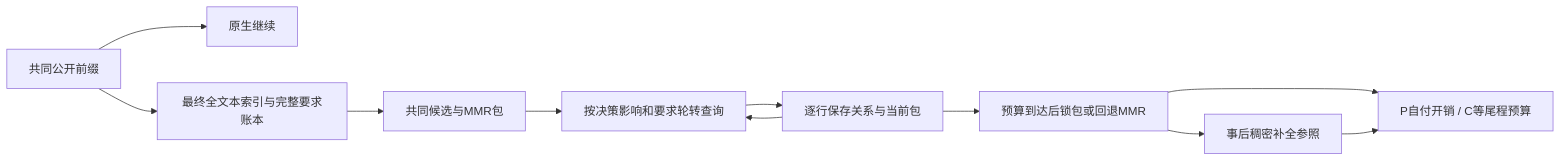
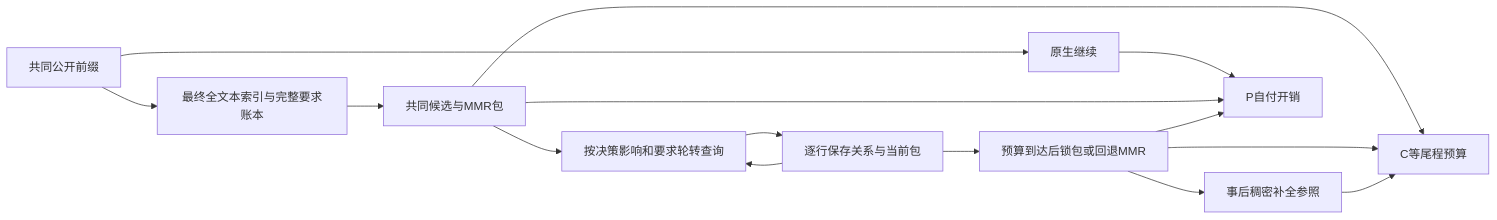
Before and after one commit to Raidriar7170/hermes-skilleval: the diagram in docs/research/budgeted-relation-selection-v1/architecture.md, drawn with Mermaid. The commit also changed other lines of this file and 163 other files, not shown here.

````diff
--- a/docs/research/budgeted-relation-selection-v1/architecture.md
+++ b/docs/research/budgeted-relation-selection-v1/architecture.md
@@ -3,13 +3,17 @@
 ```mermaid
 flowchart LR
     P[共同公开前缀] --> N[原生继续]
     P --> I[最终全文本索引与完整要求账本]
     I --> M[共同候选与MMR包]
     M --> A[按决策影响和要求轮转查询]
     A --> S[逐行保存关系与当前包]
     S --> A
     S --> L[预算到达后锁包或回退MMR]
     L --> D[事后稠密补全参照]
-    L --> T[P自付开销 / C等尾程预算]
-    D --> T
+    N --> T[P自付开销]
+    M --> T
+    L --> T
+    M --> C[C等尾程预算]
+    L --> C
+    D --> C
 ```
````
